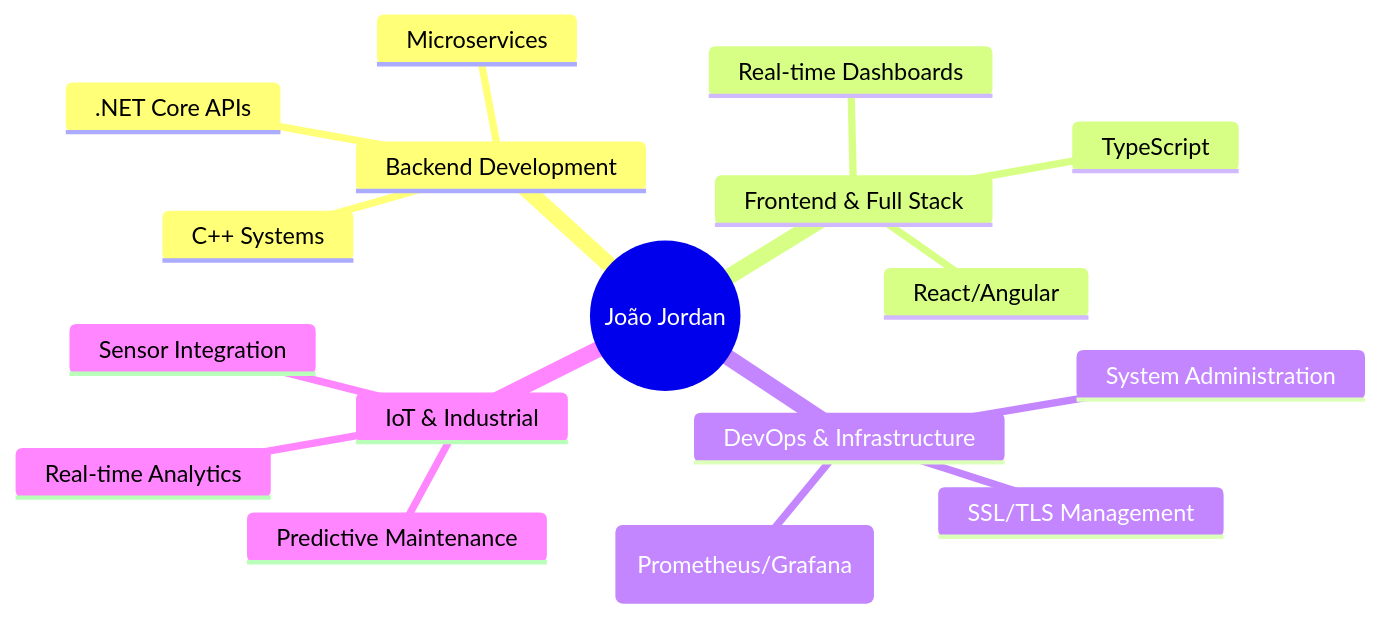
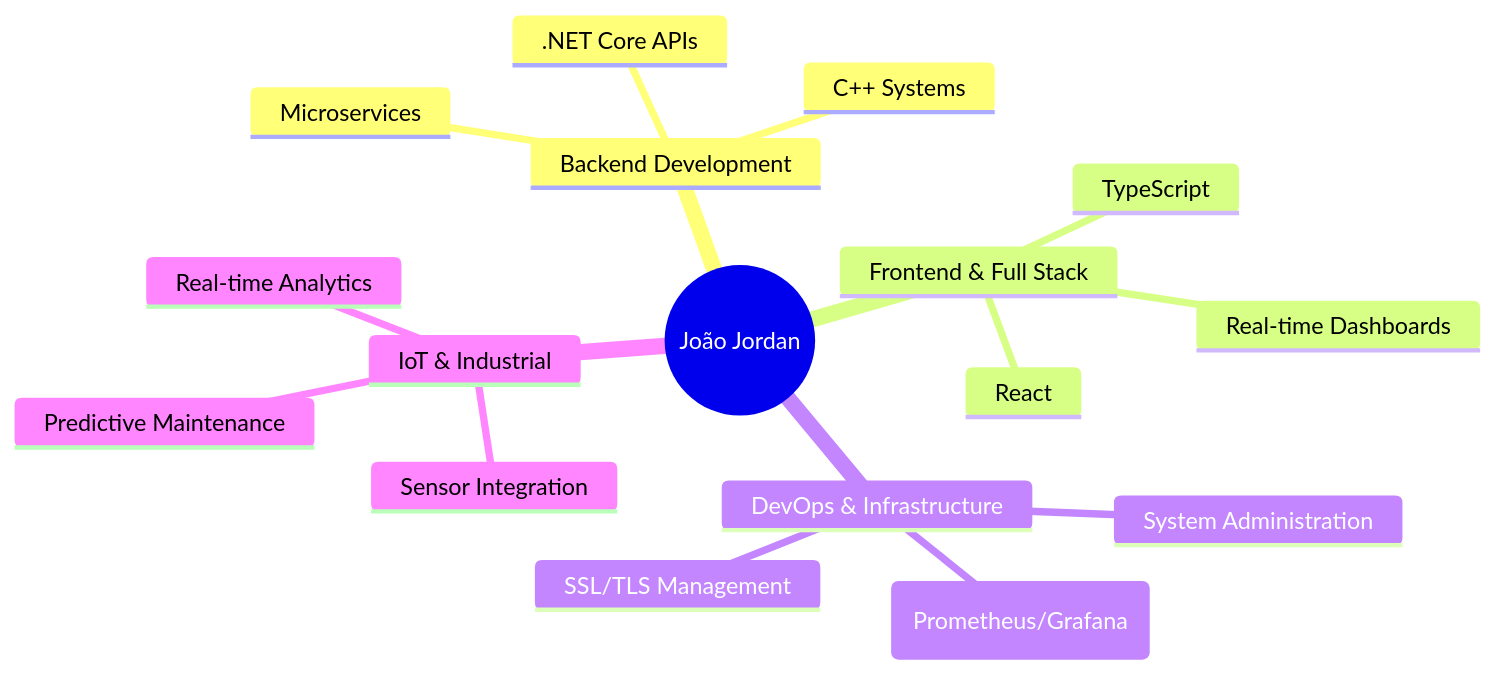
Before and after one commit to debjordan/debjordan: the diagram in README.md, drawn with Mermaid. The commit also changed other lines of this file, not shown here.

````diff
--- a/README.md
+++ b/README.md
@@ -96,20 +94,20 @@
 ```mermaid
 mindmap
   root((João Jordan))
     Backend Development
       C++ Systems
       .NET Core APIs
       Microservices
     Frontend & Full Stack
       TypeScript
-      React/Angular
+      React
       Real-time Dashboards
     DevOps & Infrastructure
       Monitoring (Prometheus/Grafana)
       SSL/TLS Management
       System Administration
     IoT & Industrial
       Sensor Integration
       Predictive Maintenance
       Real-time Analytics
 ```
````
